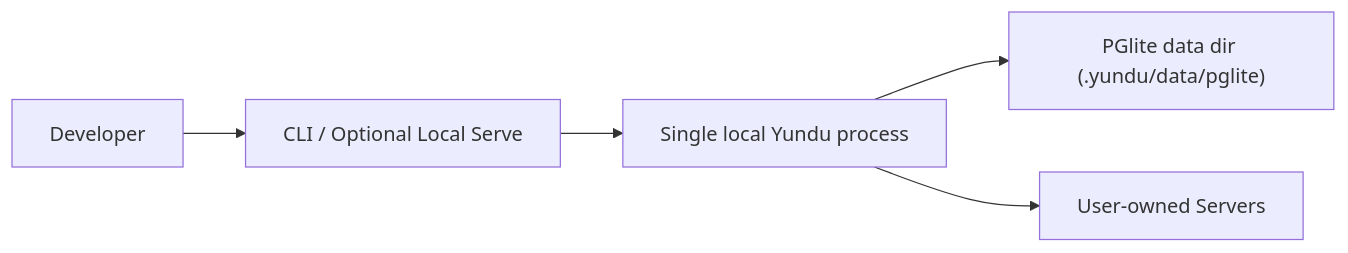
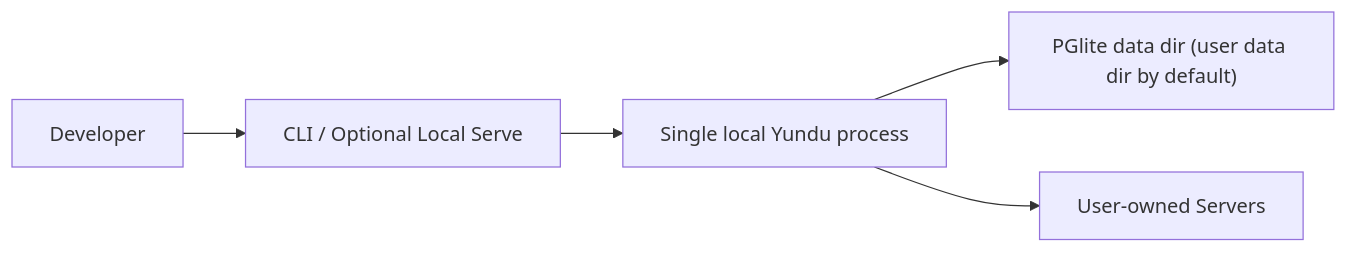
Before and after one commit to appaloft/appaloft: the third of 5 diagrams in docs/ARCHITECTURE.md, drawn with Mermaid. The commit also changed other lines of this file and 7 other files, not shown here.

Commit message:
fix(config): default pglite storage to user data dir

````diff
--- a/docs/ARCHITECTURE.md
+++ b/docs/ARCHITECTURE.md
@@ -46,7 +46,7 @@
 ```mermaid
 flowchart LR
   Dev["Developer"] --> CLI["CLI / Optional Local Serve"]
   CLI --> API["Single local Yundu process"]
-  API --> PG["PGlite data dir (.yundu/data/pglite)"]
+  API --> PG["PGlite data dir (user data dir by default)"]
   API --> Targets["User-owned Servers"]
 ```
````
